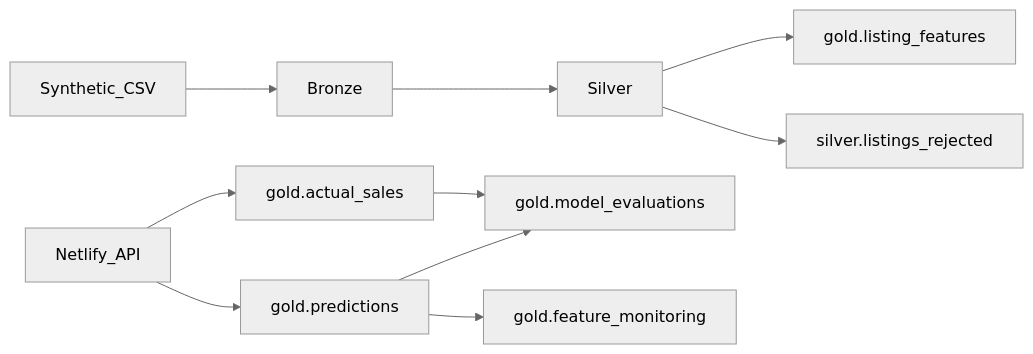
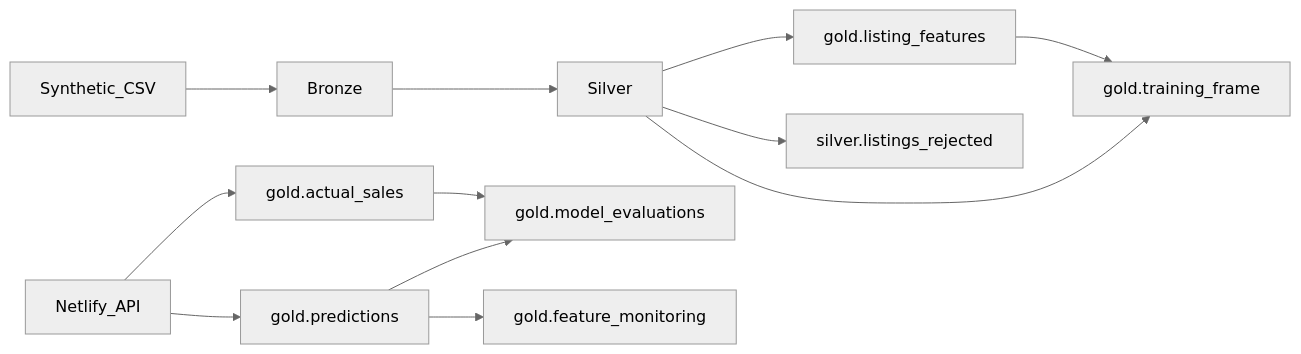
Before and after one commit to KoenM-bit/PB-assessment: the diagram in docs/data_model.md, drawn with Mermaid (neutral theme). The commit also changed other lines of this file and 23 other files, not shown here.

````diff
--- a/docs/data_model.md
+++ b/docs/data_model.md
@@ -5,12 +5,14 @@
 ```mermaid
 flowchart LR
   Source[Synthetic_CSV] --> Bronze
   Bronze --> Silver
   Silver --> GoldFeatures[gold.listing_features]
+  Silver --> TrainingFrame[gold.training_frame]
+  GoldFeatures --> TrainingFrame
   Silver --> Rejected[silver.listings_rejected]
   API[Netlify_API] --> GoldPreds[gold.predictions]
   API --> GoldActuals[gold.actual_sales]
   GoldPreds --> GoldEval[gold.model_evaluations]
   GoldActuals --> GoldEval
   GoldPreds --> GoldFeatMon[gold.feature_monitoring]
 ```
````
